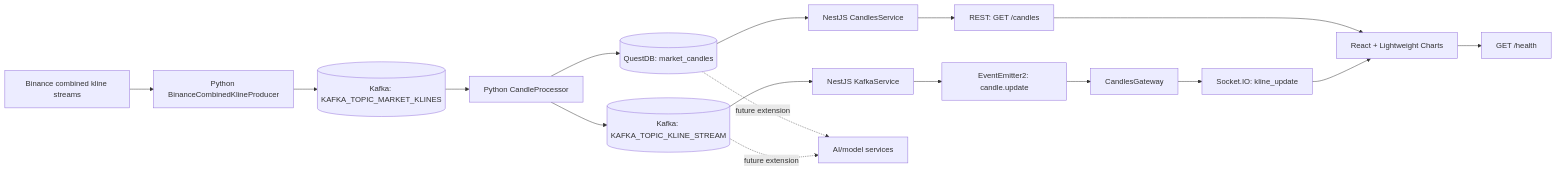
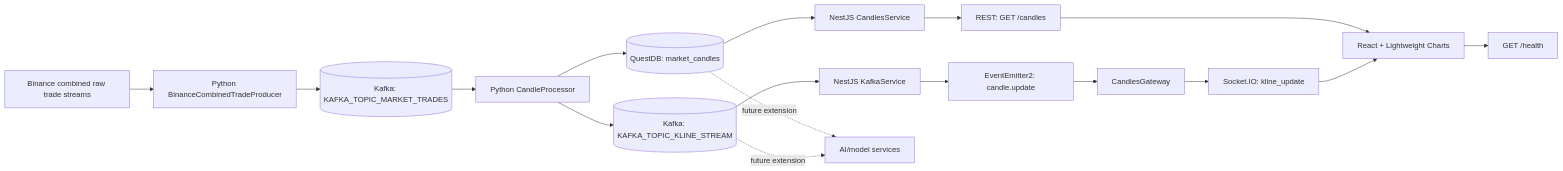
Before and after one commit to Zane-Theodore/NexTick: the first of 3 diagrams in docs/architecture.md, drawn with Mermaid. The commit also changed other lines of this file and 5 other files, not shown here.

Commit message:
chore: update documentation to reflect changes in data ingestion from Binance raw trades and processing flow

````diff
--- a/docs/architecture.md
+++ b/docs/architecture.md
@@ -9,22 +9,22 @@
 ```mermaid
 flowchart LR
-  binance["Binance combined kline streams"] --> producer["Python BinanceCombinedKlineProducer"]
-  producer --> marketKlines[("Kafka: KAFKA_TOPIC_MARKET_KLINES")]
-  marketKlines --> processor["Python CandleProcessor"]
+  binance["Binance combined raw trade streams"] --> producer["Python BinanceCombinedTradeProducer"]
+  producer --> marketTrades[("Kafka: KAFKA_TOPIC_MARKET_TRADES")]
+  marketTrades --> processor["Python CandleProcessor"]
   processor --> questdb[("QuestDB: market_candles")]
   processor --> kline[("Kafka: KAFKA_TOPIC_KLINE_STREAM")]
 
   questdb --> candlesApi["NestJS CandlesService"]
   candlesApi --> rest["REST: GET /candles"]
   kline --> kafkaSvc["NestJS KafkaService"]
   kafkaSvc --> eventBus["EventEmitter2: candle.update"]
   eventBus --> gateway["CandlesGateway"]
   gateway --> socket["Socket.IO: kline_update"]
 
   rest --> frontend["React + Lightweight Charts"]
   socket --> frontend
   frontend --> health["GET /health"]
 
   questdb -. future extension .-> ai["AI/model services"]
   kline -. future extension .-> ai
 ```
````
